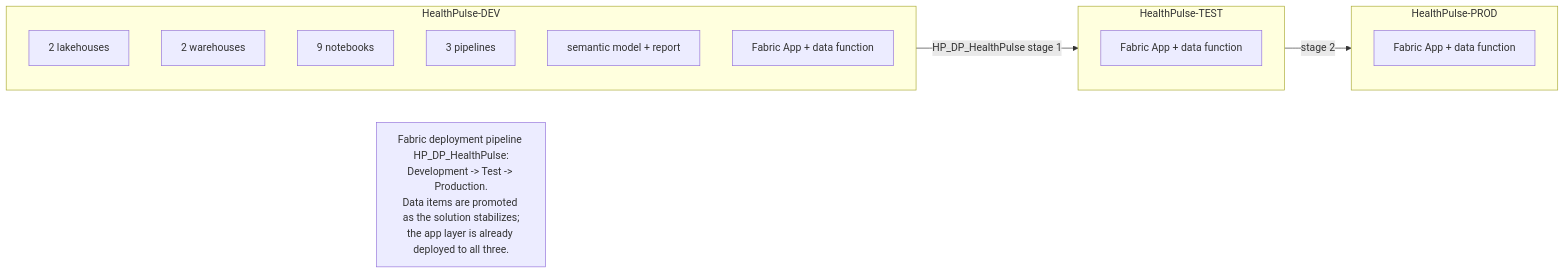
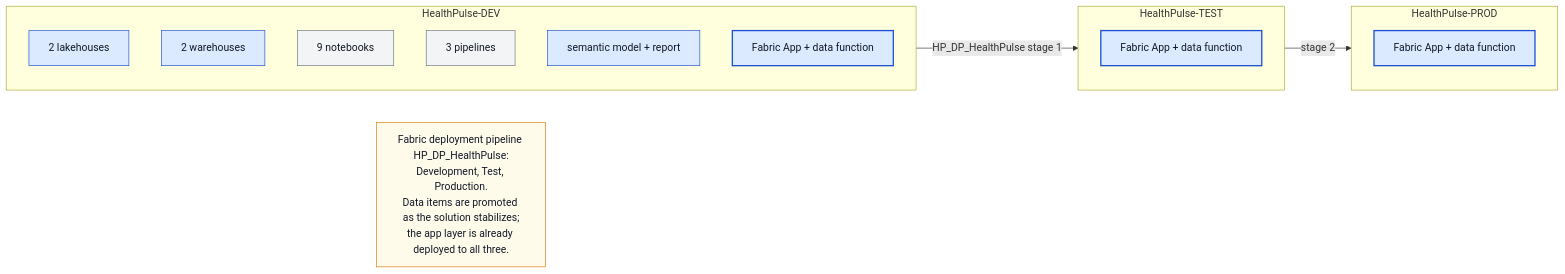
Before and after one commit to hafizmahmudi/healthpulse-fabric-healthcare: the diagram in architecture/environments.mmd, drawn with Mermaid. The commit also changed 17 other files, not shown here.

```diff
--- a/architecture/environments.mmd
+++ b/architecture/environments.mmd
@@ -1,17 +1,26 @@
 flowchart LR
     subgraph DEV[HealthPulse-DEV]
         D1[2 lakehouses]
         D2[2 warehouses]
         D3[9 notebooks]
         D4[3 pipelines]
         D5[semantic model + report]
         D6[Fabric App + data function]
     end
     subgraph TEST[HealthPulse-TEST]
         T1[Fabric App + data function]
     end
     subgraph PROD[HealthPulse-PROD]
         P1[Fabric App + data function]
     end
     DEV -- "HP_DP_HealthPulse stage 1" --> TEST -- "stage 2" --> PROD
-    note["Fabric deployment pipeline HP_DP_HealthPulse:<br/>Development -> Test -> Production.<br/>Data items are promoted as the solution stabilizes;<br/>the app layer is already deployed to all three."]
+    note["Fabric deployment pipeline HP_DP_HealthPulse:<br/>Development, Test, Production.<br/>Data items are promoted as the solution stabilizes;<br/>the app layer is already deployed to all three."]
+
+    classDef store fill:#dbeafe,stroke:#1d4ed8,color:#111827
+    classDef code fill:#f3f4f6,stroke:#6b7280,color:#111827
+    classDef app fill:#dbeafe,stroke:#1d4ed8,stroke-width:2px,color:#111827
+    classDef note fill:#fffbeb,stroke:#d97706,color:#111827
+    class D1,D2,D5 store
+    class D3,D4 code
+    class D6,T1,P1 app
+    class note note
```
